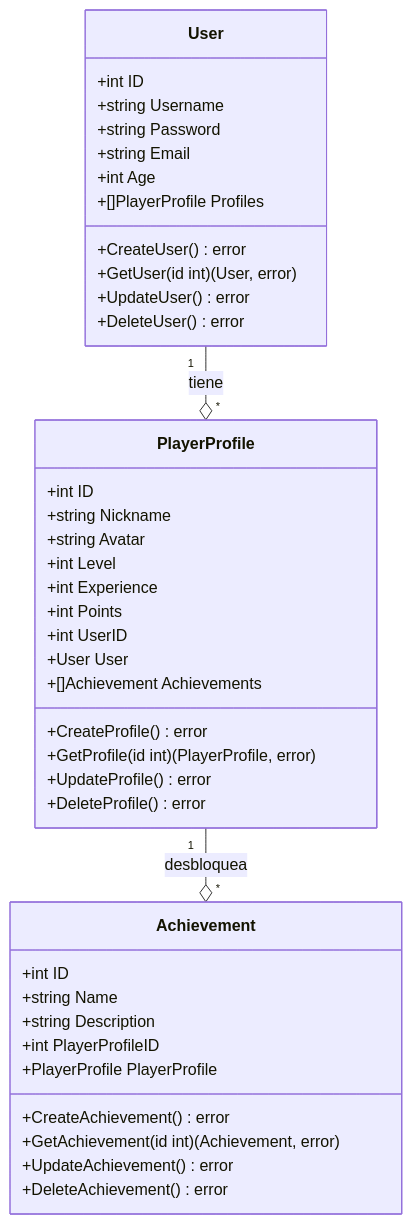
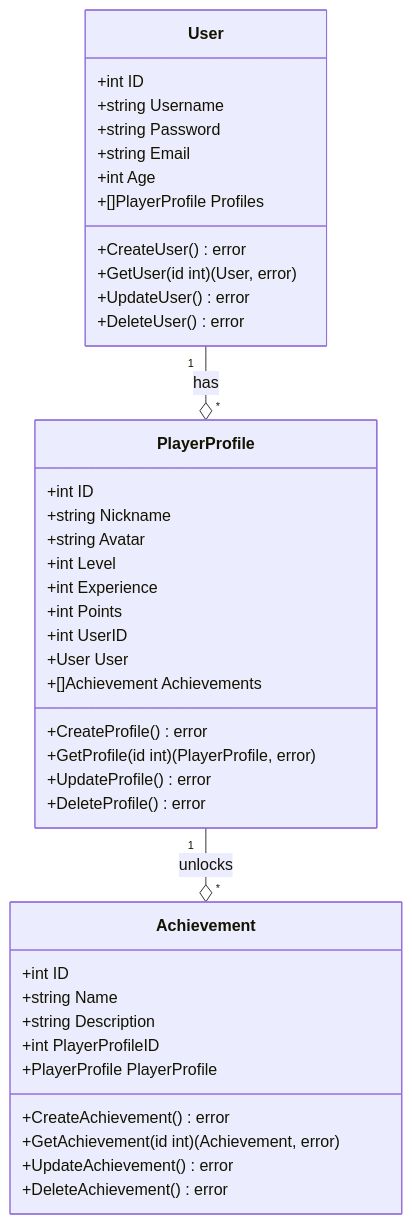
One commit to Dieg0Code/portfolio_01_player_profile changed the second of 4 diagrams in README.md. Above: the diagram before and after it, drawn with Mermaid. The commit also changed other lines of this file, not shown here.

````diff
--- a/README.md
+++ b/README.md
@@ -71,46 +70,46 @@
 ```mermaid
 classDiagram
     class User {
         +int ID
         +string Username
         +string Password
         +string Email
         +int Age
         +[]PlayerProfile Profiles
         +CreateUser() error
         +GetUser(id int) (User, error)
         +UpdateUser() error
         +DeleteUser() error
     }
 
     class PlayerProfile {
         +int ID
         +string Nickname
         +string Avatar
         +int Level
         +int Experience
         +int Points
         +int UserID
         +User User
         +[]Achievement Achievements
         +CreateProfile() error
         +GetProfile(id int) (PlayerProfile, error)
         +UpdateProfile() error
         +DeleteProfile() error
     }
 
     class Achievement {
         +int ID
         +string Name
         +string Description
         +int PlayerProfileID
         +PlayerProfile PlayerProfile
         +CreateAchievement() error
         +GetAchievement(id int) (Achievement, error)
         +UpdateAchievement() error
         +DeleteAchievement() error
     }
 
-    User "1" --o "*" PlayerProfile : tiene
-    PlayerProfile "1" --o "*" Achievement : desbloquea
+    User "1" --o "*" PlayerProfile : has
+    PlayerProfile "1" --o "*" Achievement : unlocks
 ```
````
